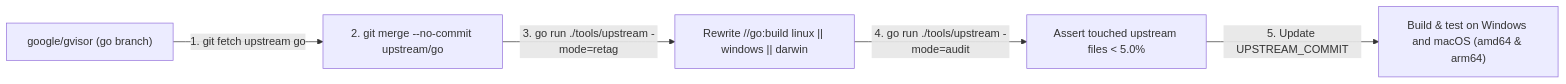
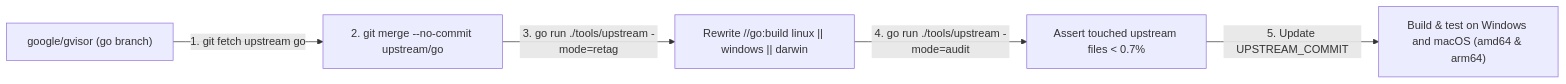
The second of 8 diagrams in docs/architecture.md (antegral/containerd-shim-gvx), drawn with Mermaid before and after one commit. The commit also changed other lines of this file and 24 other files, not shown here.

````diff
--- a/docs/architecture.md
+++ b/docs/architecture.md
@@ -201,7 +201,7 @@
 ```mermaid
 flowchart LR
     Upstream["google/gvisor (go branch)"] -->|"1. git fetch upstream go"| Merge["2. git merge --no-commit upstream/go"]
     Merge -->|"3. go run ./tools/upstream -mode=retag"| Retag["Rewrite //go:build linux || windows || darwin"]
-    Retag -->|"4. go run ./tools/upstream -mode=audit"| Audit["Assert touched upstream files < 5.0%"]
+    Retag -->|"4. go run ./tools/upstream -mode=audit"| Audit["Assert touched upstream files < 0.7%"]
     Audit -->|"5. Update UPSTREAM_COMMIT"| Verify["Build & test on Windows and macOS (amd64 & arm64)"]
 ```
````
